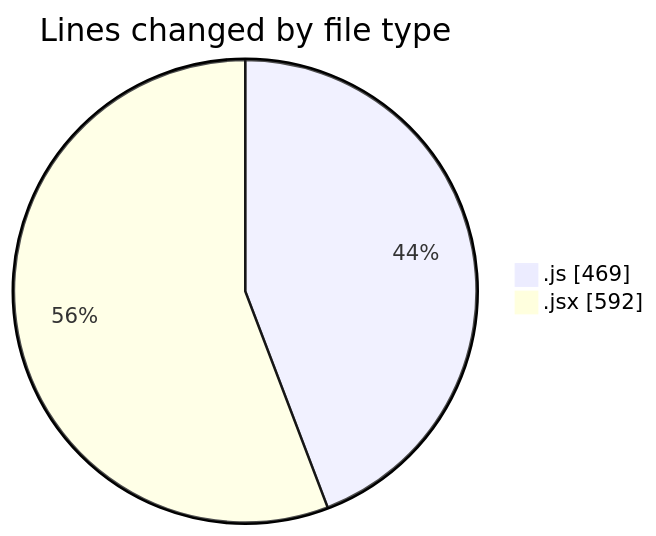
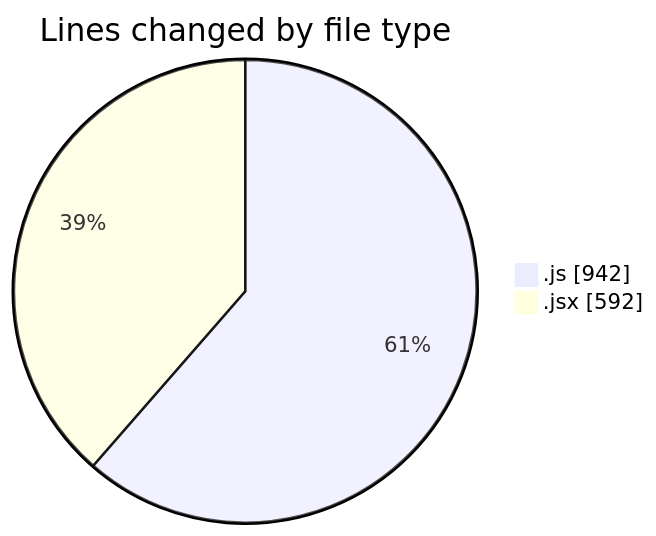
One commit to nxtqubesakshisongat/code-tracking changed the first of 2 diagrams in 2025-08-07/nxtqube_webapp/README.md. Above: the diagram before and after it, drawn with Mermaid. The commit also changed other lines of this file and 1 other file, not shown here.

````diff
--- a/2025-08-07/nxtqube_webapp/README.md
+++ b/2025-08-07/nxtqube_webapp/README.md
@@ -22,6 +23,6 @@
 ```mermaid
 pie showData
 title Lines changed by file type
-".js" : 469
+".js" : 942
 ".jsx" : 592
 ```
````
